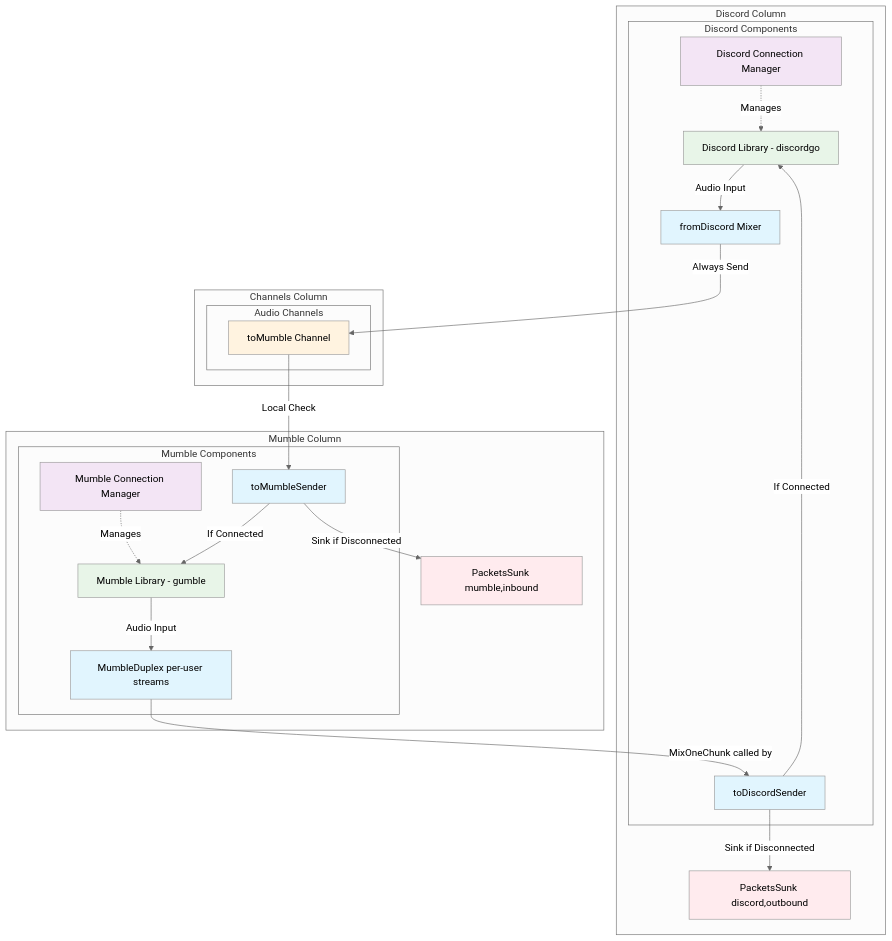
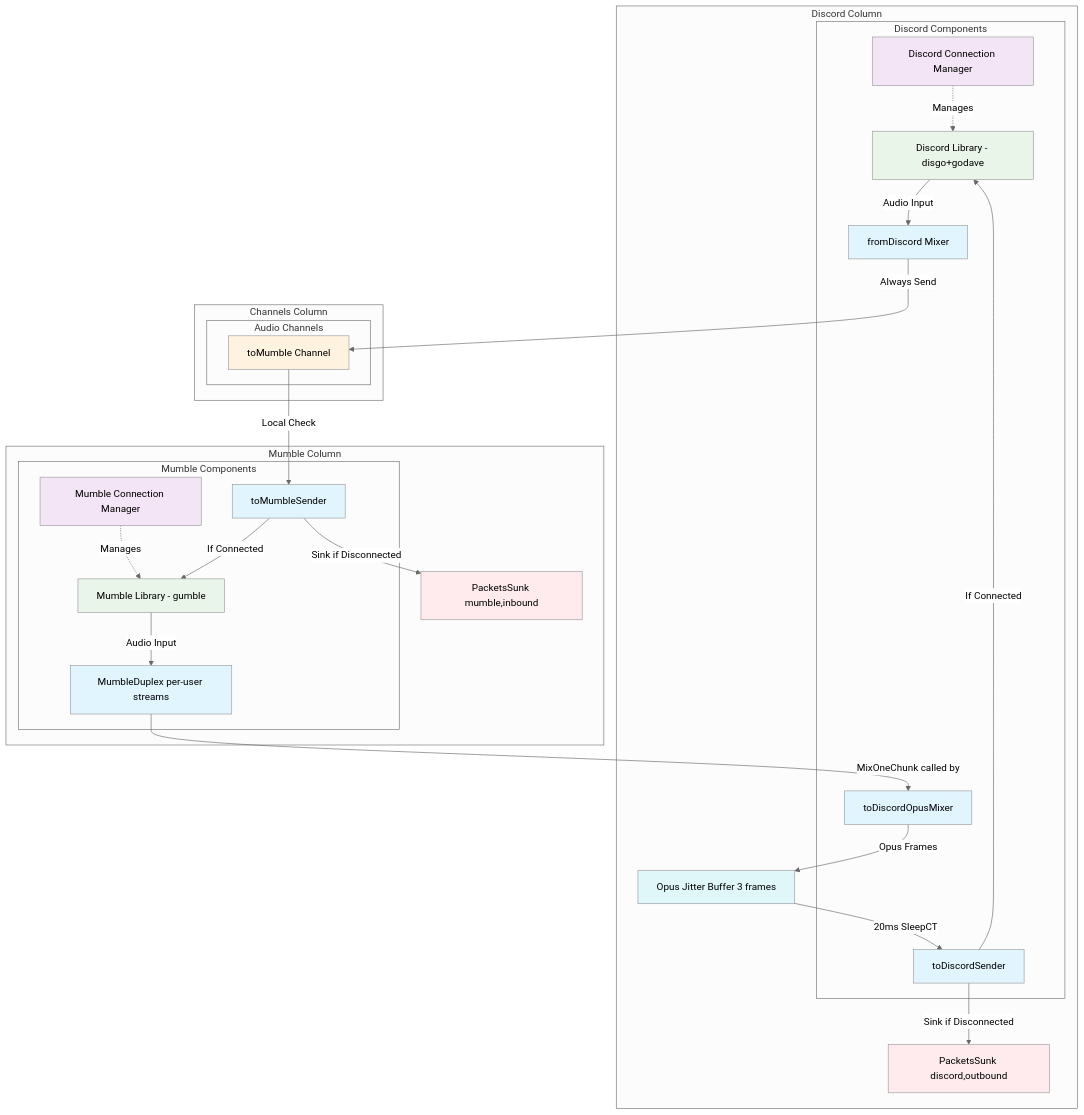
One commit to Stieneee/mumble-discord-bridge changed the diagram in docs/AUDIO-PACKET-FLOW.md. Above: the diagram before and after it, drawn with Mermaid (neutral theme). The commit also changed other lines of this file and 24 other files, not shown here.

````diff
--- a/docs/AUDIO-PACKET-FLOW.md
+++ b/docs/AUDIO-PACKET-FLOW.md
@@ -30,60 +30,66 @@
 ```mermaid
 graph TB
     subgraph "Discord Column"
         subgraph "Discord Components"
             DCM[Discord Connection Manager]
-            DL[Discord Library - discordgo]
+            DL[Discord Library - disgo+godave]
             DM[fromDiscord Mixer]
+            DOM[toDiscordOpusMixer]
             DSP[toDiscordSender]
         end
+        JB[Opus Jitter Buffer 3 frames]
         PS1[PacketsSunk discord,outbound]
     end
 
     subgraph "Mumble Column"
         subgraph "Mumble Components"
             MCM[Mumble Connection Manager]
             ML[Mumble Library - gumble]
             MDS[MumbleDuplex per-user streams]
             FTM[toMumbleSender]
         end
         PS2[PacketsSunk mumble,inbound]
     end
 
     subgraph "Channels Column"
         subgraph "Audio Channels"
             TM[toMumble Channel]
         end
     end
 
-    %% Audio Flow - Mumble to Discord (inline mixing)
+    %% Audio Flow - Mumble to Discord (mixer → jitter buffer → sender)
     ML -->|Audio Input| MDS
-    MDS -->|MixOneChunk called by| DSP
+    MDS -->|MixOneChunk called by| DOM
+    DOM -->|Opus Frames| JB
+    JB -->|20ms SleepCT| DSP
     DSP -->|If Connected| DL
 
     %% Audio Flow - Discord to Mumble
     DL -->|Audio Input| DM
     DM -->|Always Send| TM
     TM -->|Local Check| FTM
     FTM -->|If Connected| ML
 
     %% Connection Management
     MCM -.->|Manages| ML
     DCM -.->|Manages| DL
 
     %% Packet Sinking
     DSP -->|Sink if Disconnected| PS1
     FTM -->|Sink if Disconnected| PS2
 
     %% Styling
     classDef audioFlow fill:#e1f5fe
     classDef connectionMgr fill:#f3e5f5
     classDef sinking fill:#ffebee
     classDef external fill:#e8f5e8
     classDef channels fill:#fff3e0
+    classDef buffer fill:#e0f7fa
 
-    class MDS,DM,FTM,DSP audioFlow
+    class MDS,DM,FTM,DSP,DOM audioFlow
     class MCM,DCM connectionMgr
     class PS1,PS2 sinking
     class ML,DL external
     class TM channels
+    class JB buffer
 ```
````
